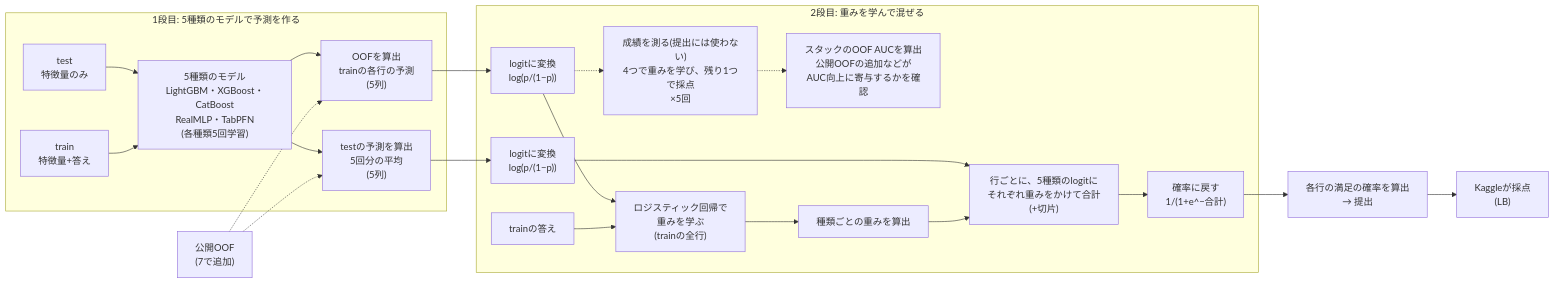
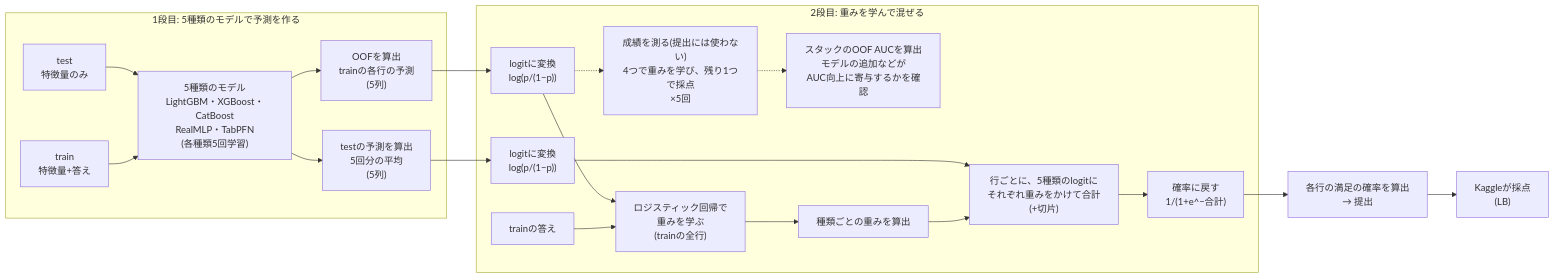
Before and after one commit to aramaki5443-art/kaggle-s6e10-airline-satisfaction: the first of 2 diagrams in README.md, drawn with Mermaid. The commit also changed other lines of this file, not shown here.

First line of the commit message:
README: section 6 diagram shows only own models; section 7 diagram adds public OOF screening and the final blend

````diff
--- a/README.md
+++ b/README.md
@@ -135,24 +135,22 @@
 ```mermaid
 flowchart LR
   subgraph S1["1段目: 5種類のモデルで予測を作る"]
     TE["test<br>特徴量のみ"] --> M["5種類のモデル<br>LightGBM・XGBoost・CatBoost<br>RealMLP・TabPFN<br>(各種類5回学習)"]
     TR["train<br>特徴量+答え"] --> M
     M --> OOF["OOFを算出<br>trainの各行の予測<br>(5列)"]
     M --> TP["testの予測を算出<br>5回分の平均<br>(5列)"]
   end
   subgraph S2["2段目: 重みを学んで混ぜる"]
     OOF --> LO1["logitに変換<br>log(p/(1−p))"]
     LO1 --> LR["ロジスティック回帰で<br>重みを学ぶ<br>(trainの全行)"]
     LO1 -.-> CV["成績を測る(提出には使わない)<br>4つで重みを学び、残り1つで採点<br>×5回"]
-    CV -.-> AUC["スタックのOOF AUCを算出<br>公開OOFの追加などが<br>AUC向上に寄与するかを確認"]
+    CV -.-> AUC["スタックのOOF AUCを算出<br>モデルの追加などが<br>AUC向上に寄与するかを確認"]
     Y["trainの答え"] --> LR
     LR --> W["種類ごとの重みを算出"]
     TP --> LO2["logitに変換<br>log(p/(1−p))"]
     LO2 --> MIX["行ごとに、5種類のlogitに<br>それぞれ重みをかけて合計<br>(+切片)"]
     W --> MIX
     MIX --> SIG["確率に戻す<br>1/(1+e^−合計)"]
   end
-  PUB["公開OOF<br>(7で追加)"] -.-> OOF
-  PUB -.-> TP
   SIG --> SUB["各行の満足の確率を算出<br>→ 提出"] --> LB["Kaggleが採点<br>(LB)"]
 ```
````
